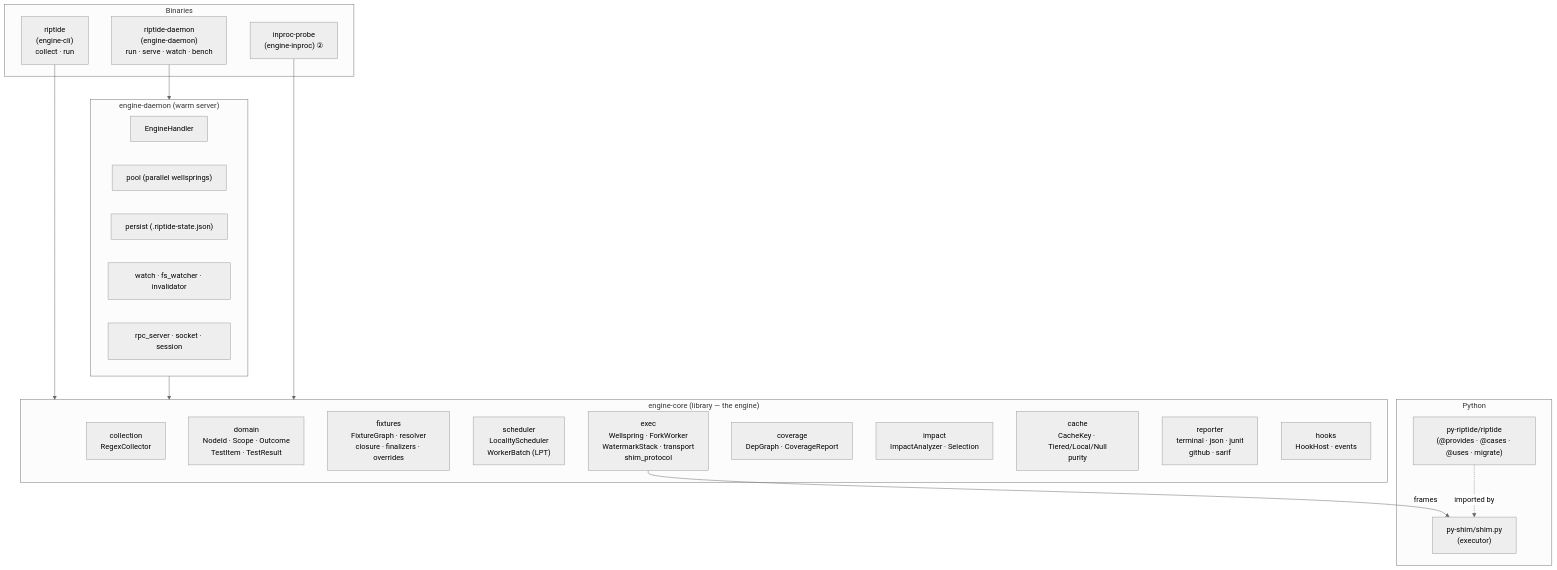
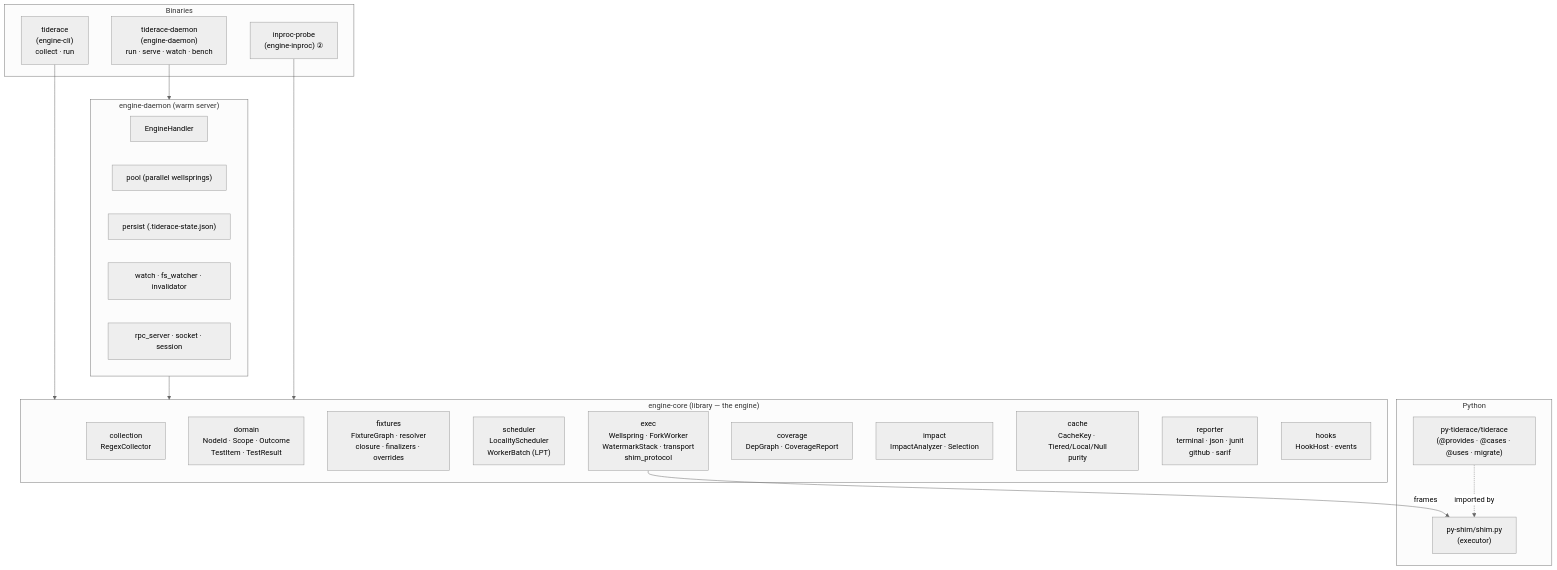
Before and after one commit to snoodleboot-io/tiderace: the second of 9 diagrams in ARCHITECTURE.md, drawn with Mermaid (neutral theme). The commit also changed other lines of this file and 122 other files, not shown here.

First line of the commit message:
rename: riptide -> tiderace across the whole product (#17)

````diff
--- a/ARCHITECTURE.md
+++ b/ARCHITECTURE.md
@@ -55,41 +53,41 @@
 ```mermaid
 flowchart TB
     subgraph bins["Binaries"]
-        RIP["riptide<br/>(engine-cli)<br/>collect · run"]
-        DAE["riptide-daemon<br/>(engine-daemon)<br/>run · serve · watch · bench"]
+        RIP["tiderace<br/>(engine-cli)<br/>collect · run"]
+        DAE["tiderace-daemon<br/>(engine-daemon)<br/>run · serve · watch · bench"]
         PROBE["inproc-probe<br/>(engine-inproc) ②"]
     end
 
     subgraph core["engine-core (library — the engine)"]
         COL["collection<br/>RegexCollector"]
         DOM["domain<br/>NodeId · Scope · Outcome<br/>TestItem · TestResult"]
         FIX["fixtures<br/>FixtureGraph · resolver<br/>closure · finalizers · overrides"]
         SCH["scheduler<br/>LocalityScheduler<br/>WorkerBatch (LPT)"]
         EXEC["exec<br/>Wellspring · ForkWorker<br/>WatermarkStack · transport<br/>shim_protocol"]
         COV["coverage<br/>DepGraph · CoverageReport"]
         IMP["impact<br/>ImpactAnalyzer · Selection"]
         CACHE["cache<br/>CacheKey · Tiered/Local/Null<br/>purity"]
         REP["reporter<br/>terminal · json · junit<br/>github · sarif"]
         HOOK["hooks<br/>HookHost · events"]
     end
 
     subgraph daemon["engine-daemon (warm server)"]
         EH["EngineHandler"]
         POOL["pool (parallel wellsprings)"]
-        PERS["persist (.riptide-state.json)"]
+        PERS["persist (.tiderace-state.json)"]
         WATCH["watch · fs_watcher · invalidator"]
         RPC["rpc_server · socket · session"]
     end
 
     subgraph python["Python"]
         SHIM["py-shim/shim.py<br/>(executor)"]
-        AUTH["py-riptide/riptide<br/>(@provides · @cases · @uses · migrate)"]
+        AUTH["py-tiderace/tiderace<br/>(@provides · @cases · @uses · migrate)"]
     end
 
     RIP --> core
     DAE --> daemon
     daemon --> core
     PROBE --> core
     EXEC -->|frames| SHIM
     AUTH -.imported by.-> SHIM
 ```
````
